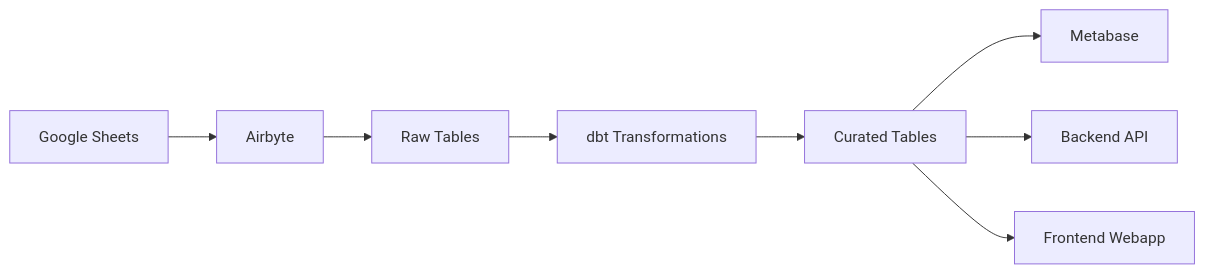
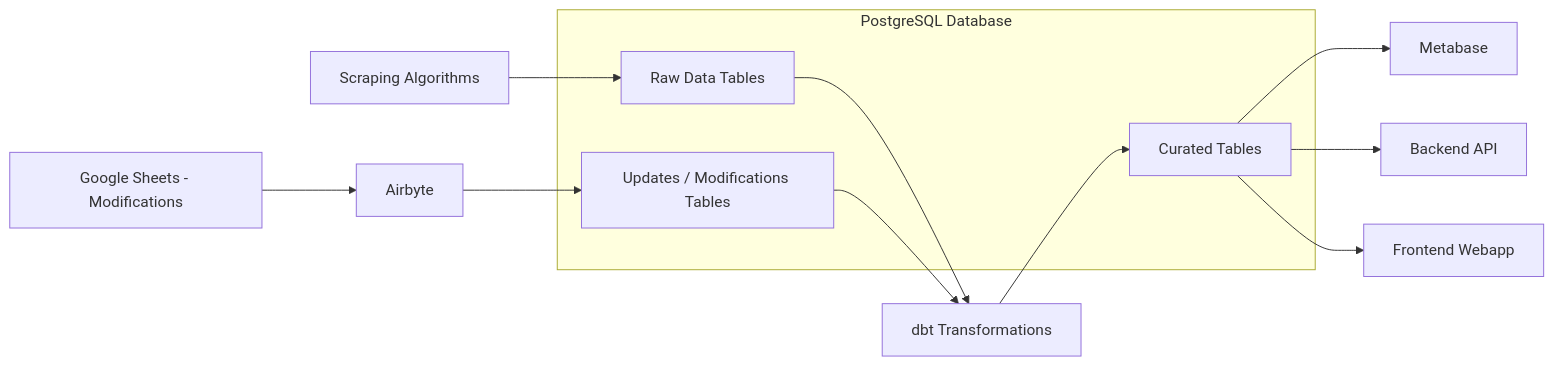
The diagram in docs/architecture/processus-validation-mise-a-jour-donnees-cinema.md (dataforgoodfr/13_reveler_inegalites_cinema), drawn with Mermaid before and after one commit. The commit also changed other lines of this file and 1 other file, not shown here.

Commit message:
docs: add architecture diagram for Airbyte and dbt integration

````diff
--- a/docs/architecture/processus-validation-mise-a-jour-donnees-cinema.md
+++ b/docs/architecture/processus-validation-mise-a-jour-donnees-cinema.md
@@ -51,10 +51,19 @@
 ```mermaid
 flowchart LR
-    GS[Google Sheets] --> AB[Airbyte]
-    AB --> RAW[Raw Tables]
+    SCRAP[Scraping Algorithms] --> RAW[Raw Data Tables]
+    GS[Google Sheets - Modifications] --> AB[Airbyte]
+    AB --> UPD[Updates / Modifications Tables]
+
+    subgraph PG[PostgreSQL Database]
+        RAW
+        UPD
+        CUR[Curated Tables]
+    end
+
     RAW --> DBT[dbt Transformations]
-    DBT --> CUR[Curated Tables]
+    UPD --> DBT
+    DBT --> CUR
     CUR --> META[Metabase]
     CUR --> API[Backend API]
     CUR --> FE[Frontend Webapp]
 ```
````
